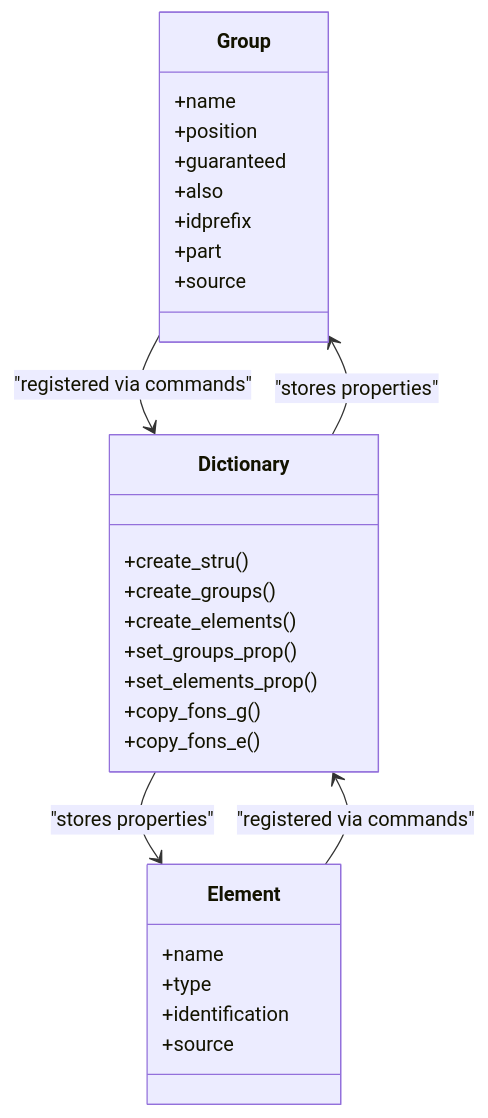
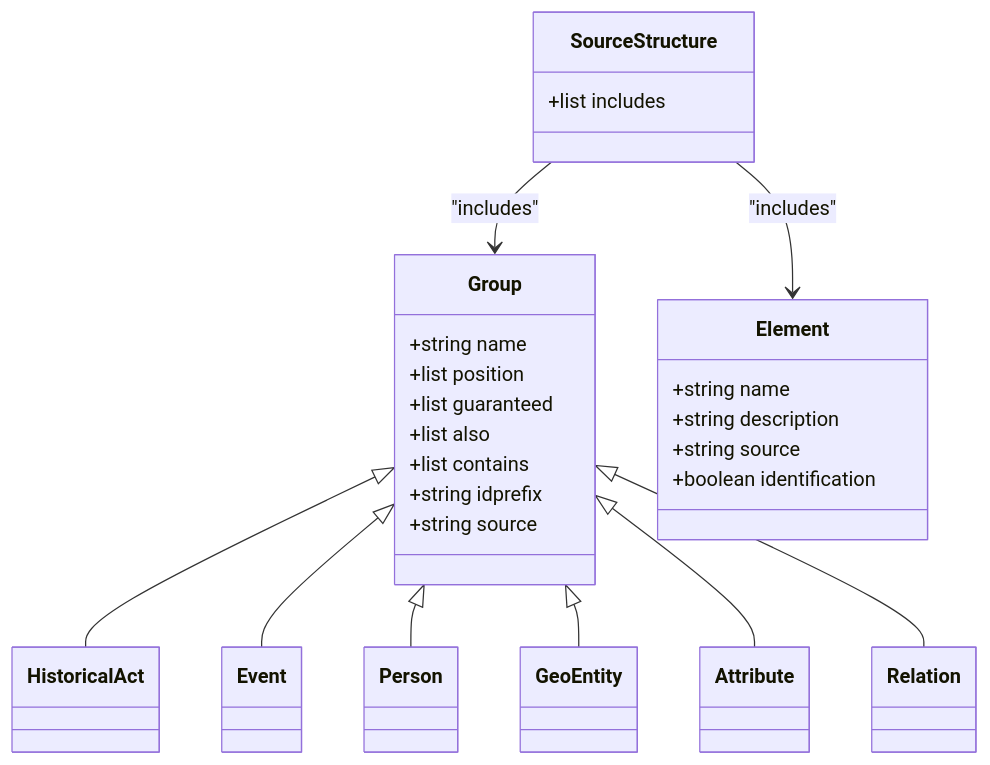
One commit to time-link/timelink-kleio changed the fourth of 10 diagrams in .qoder/repowiki/en/content/Core Concepts/Core Concepts.md. Above: the diagram before and after it, drawn with Mermaid. The commit also changed other lines of this file and 225 other files, not shown here.

````diff
--- a/.qoder/repowiki/en/content/Core Concepts/Core Concepts.md
+++ b/.qoder/repowiki/en/content/Core Concepts/Core Concepts.md
@@ -173,31 +205,29 @@
 ```mermaid
 classDiagram
 class Group {
-+name
-+position
-+guaranteed
-+also
-+idprefix
-+part
-+source
++string name
++list position
++list guaranteed
++list also
++list contains
++string idprefix
++string source
 }
 class Element {
-+name
-+type
-+identification
-+source
++string name
++string description
++string source
++boolean identification
 }
-class Dictionary {
-+create_stru()
-+create_groups()
-+create_elements()
-+set_groups_prop()
-+set_elements_prop()
-+copy_fons_g()
-+copy_fons_e()
+class SourceStructure {
++list includes
 }
-Group --> Dictionary : "registered via commands"
-Element --> Dictionary : "registered via commands"
-Dictionary --> Group : "stores properties"
-Dictionary --> Element : "stores properties"
+SourceStructure --> Group : "includes"
+SourceStructure --> Element : "includes"
+Group <|-- HistoricalAct
+Group <|-- Event
+Group <|-- Person
+Group <|-- GeoEntity
+Group <|-- Attribute
+Group <|-- Relation
 ```
````
